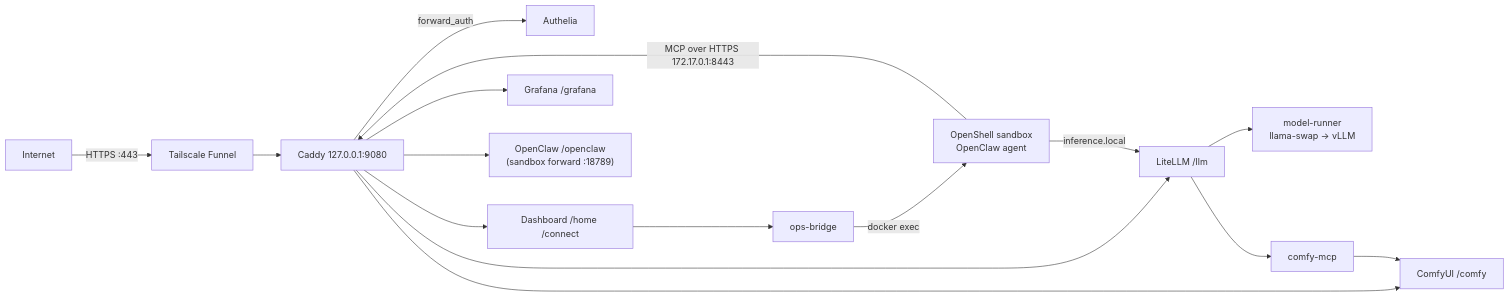
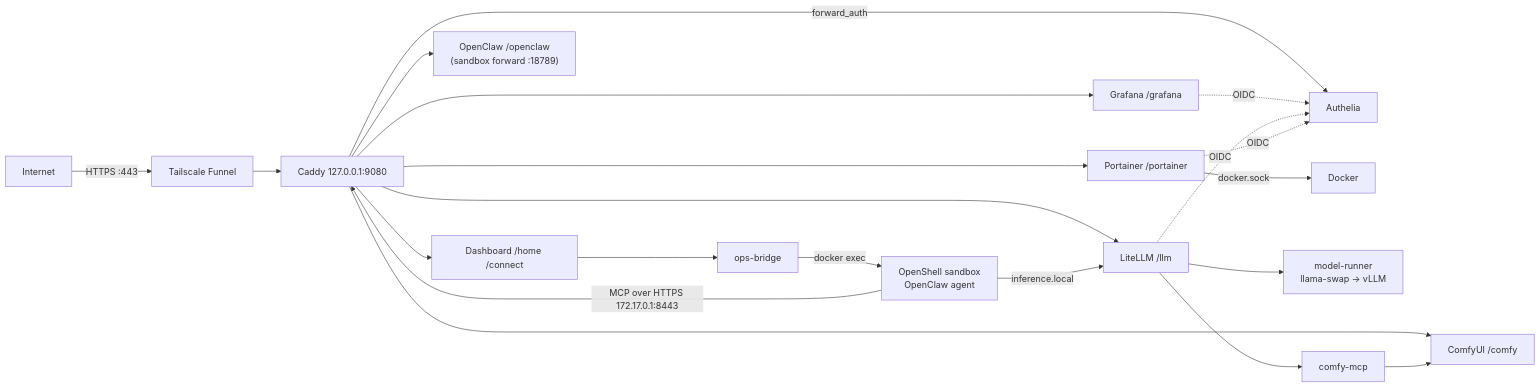
Before and after one commit to ravikiranvs/gb10-ai-stack: the diagram in gb10-agent-stack.md, drawn with Mermaid. The commit also changed other lines of this file and 3 other files, not shown here.

Commit message:
Update docs for Portainer, OIDC SSO, 262144 context and the accepted isolation gap

````diff
--- a/gb10-agent-stack.md
+++ b/gb10-agent-stack.md
@@ -7,16 +7,20 @@
 ```mermaid
 flowchart LR
     NET["Internet"] -->|"HTTPS :443"| TS["Tailscale Funnel"]
     TS --> CD["Caddy 127.0.0.1:9080"]
     CD -->|forward_auth| AU["Authelia"]
     CD --> DB["Dashboard /home /connect"]
     CD --> GF["Grafana /grafana"]
     CD --> CU["ComfyUI /comfy"]
     CD --> LL["LiteLLM /llm"]
+    CD --> PT["Portainer /portainer"] -->|docker.sock| DK["Docker"]
+    GF -.->|OIDC| AU
+    LL -.->|OIDC| AU
+    PT -.->|OIDC| AU
     CD --> OC["OpenClaw /openclaw<br/>(sandbox forward :18789)"]
     LL --> MR["model-runner<br/>llama-swap → vLLM"]
     LL --> MCP["comfy-mcp"] --> CU
     SB["OpenShell sandbox<br/>OpenClaw agent"] -->|"inference.local"| LL
     SB -->|"MCP over HTTPS 172.17.0.1:8443"| CD
     DB --> OB["ops-bridge"] -->|docker exec| SB
 ```
````
